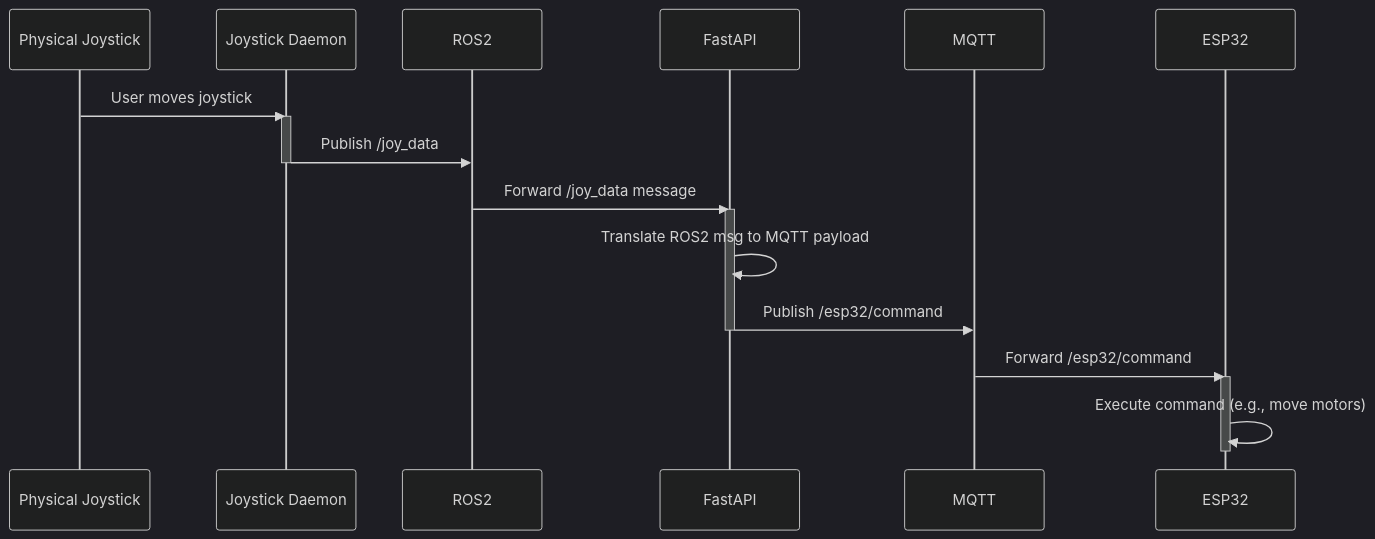
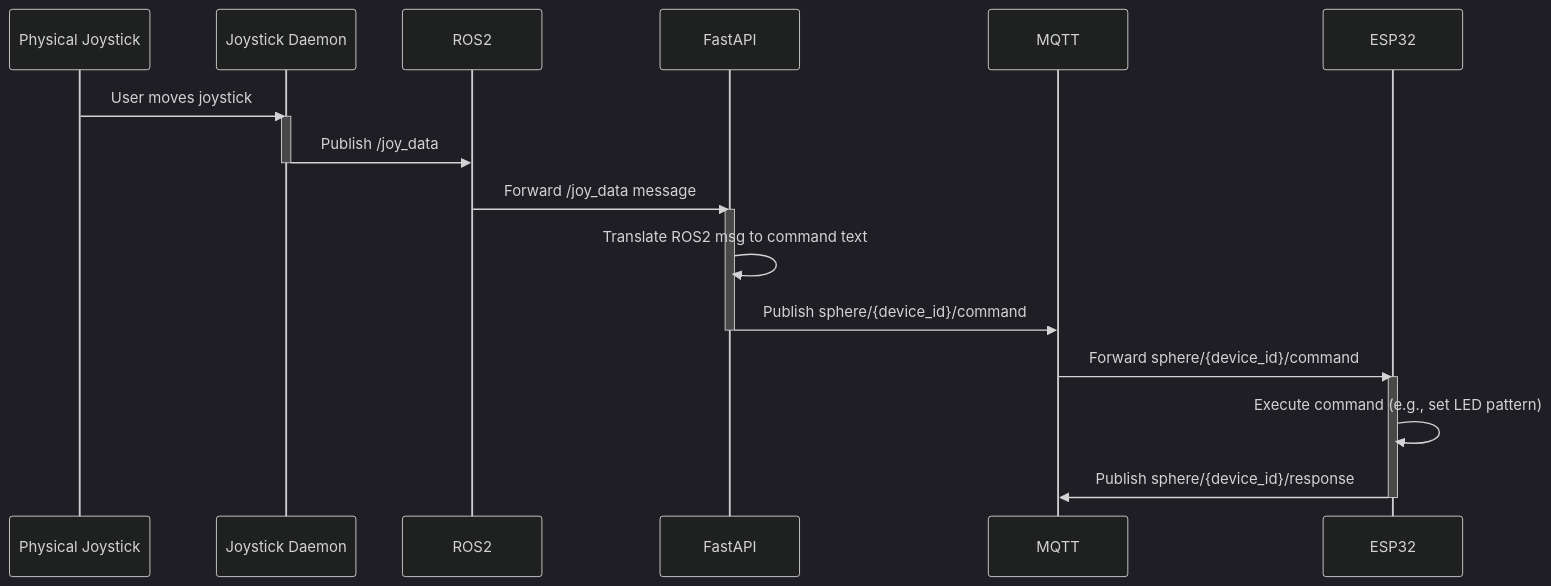
One commit to sastles-com/sastle-isolation-sphere changed the first of 3 diagrams in server/docs/sequence_diagram.md. Above: the diagram before and after it, drawn with Mermaid (dark theme). The commit also changed other lines of this file and 14 other files, not shown here.

````diff
--- a/server/docs/sequence_diagram.md
+++ b/server/docs/sequence_diagram.md
@@ -9,25 +9,26 @@
 ```mermaid
 sequenceDiagram
     participant JoyDevice as Physical Joystick
     participant JoyDaemon as Joystick Daemon
     participant ROS2
     participant FastAPI
     participant MQTT
     participant ESP32
 
     JoyDevice->>JoyDaemon: User moves joystick
     activate JoyDaemon
     JoyDaemon->>ROS2: Publish /joy_data
     deactivate JoyDaemon
     
     ROS2->>FastAPI: Forward /joy_data message
     activate FastAPI
-    FastAPI->>FastAPI: Translate ROS2 msg to MQTT payload
-    FastAPI->>MQTT: Publish /esp32/command
+    FastAPI->>FastAPI: Translate ROS2 msg to command text
+    FastAPI->>MQTT: Publish sphere/{device_id}/command
     deactivate FastAPI
 
-    MQTT->>ESP32: Forward /esp32/command
+    MQTT->>ESP32: Forward sphere/{device_id}/command
     activate ESP32
-    ESP32->>ESP32: Execute command (e.g., move motors)
+    ESP32->>ESP32: Execute command (e.g., set LED pattern)
+    ESP32->>MQTT: Publish sphere/{device_id}/response
     deactivate ESP32
 ```
````
